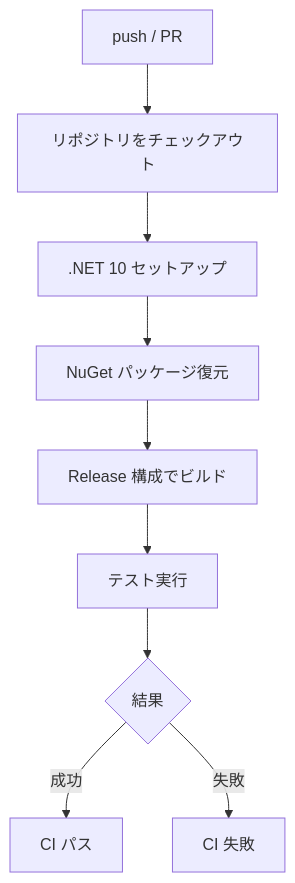
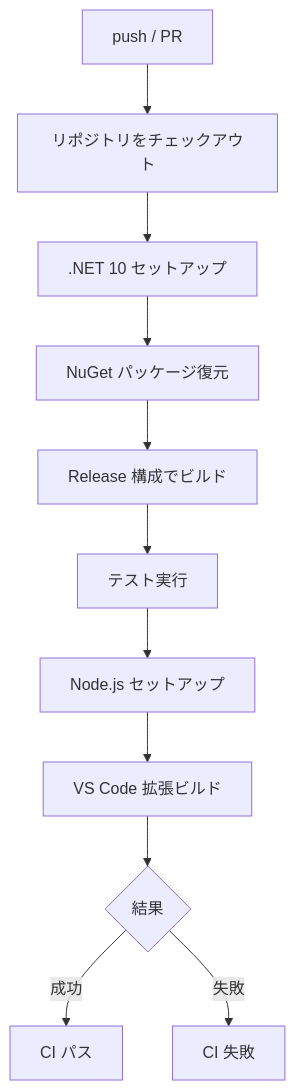
Before and after one commit to vehiclevisionjp/VehicleVision.Tools.ScreenSketch: the second of 5 diagrams in docs/contributing/ci-workflow.md, drawn with Mermaid. The commit also changed other lines of this file and 3 other files, not shown here.

````diff
--- a/docs/contributing/ci-workflow.md
+++ b/docs/contributing/ci-workflow.md
@@ -80,11 +83,13 @@
 ```mermaid
 flowchart TD
     A[push / PR] --> B[リポジトリをチェックアウト]
     B --> C[.NET 10 セットアップ]
     C --> D[NuGet パッケージ復元]
     D --> E[Release 構成でビルド]
     E --> F[テスト実行]
-    F --> G{結果}
-    G -->|成功| H[CI パス]
-    G -->|失敗| I[CI 失敗]
+    F --> G[Node.js セットアップ]
+    G --> H[VS Code 拡張ビルド]
+    H --> I{結果}
+    I -->|成功| J[CI パス]
+    I -->|失敗| K[CI 失敗]
 ```
````
